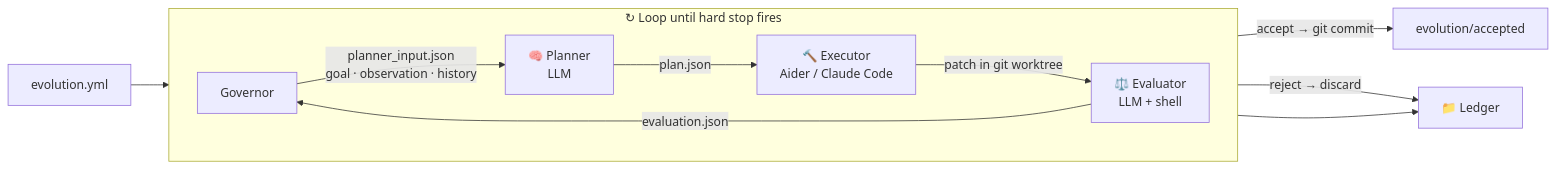
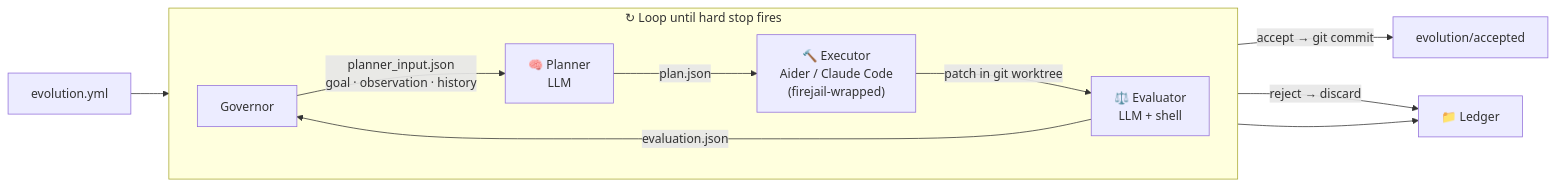
One commit to Protocol-zero-0/evolution-kernel changed the diagram in README.md. Above: the diagram before and after it, drawn with Mermaid. The commit also changed other lines of this file and 1 other file, not shown here.

````diff
--- a/README.md
+++ b/README.md
@@ -214,16 +189,16 @@
 ```mermaid
 flowchart LR
     Config[evolution.yml] --> Governor
 
     subgraph loop ["↻  Loop until hard stop fires"]
         direction LR
         Governor -->|"planner_input.json\ngoal · observation · history"| Planner["🧠 Planner\nLLM"]
-        Planner -->|plan.json| Executor["🔨 Executor\nAider / Claude Code"]
+        Planner -->|plan.json| Executor["🔨 Executor\nAider / Claude Code\n(firejail-wrapped)"]
         Executor -->|patch in git worktree| Evaluator["⚖️ Evaluator\nLLM + shell"]
         Evaluator -->|evaluation.json| Governor
     end
 
     Governor -->|"accept → git commit"| Branch["evolution/accepted"]
     Governor -->|"reject → discard"| Ledger[📁 Ledger]
     Governor --> Ledger
 ```
````
